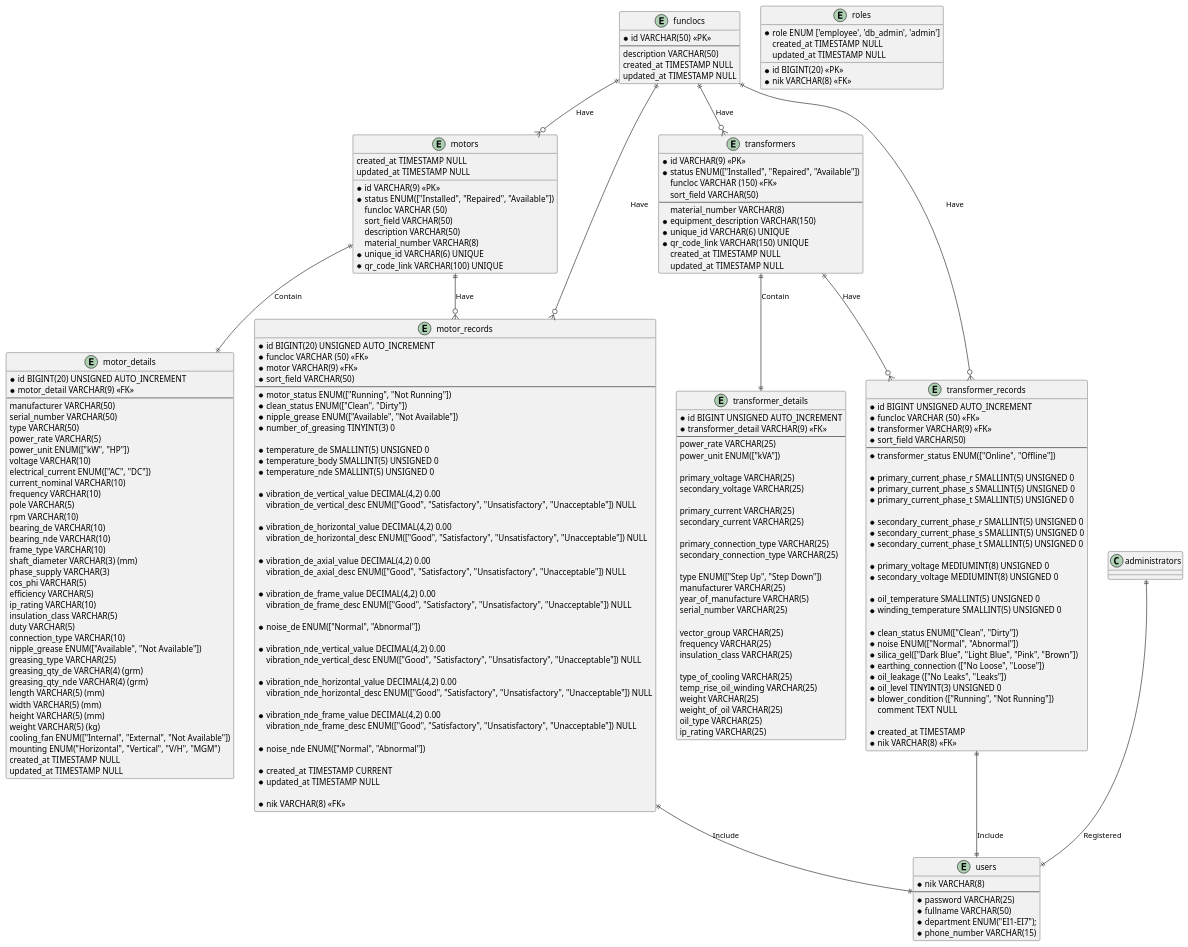
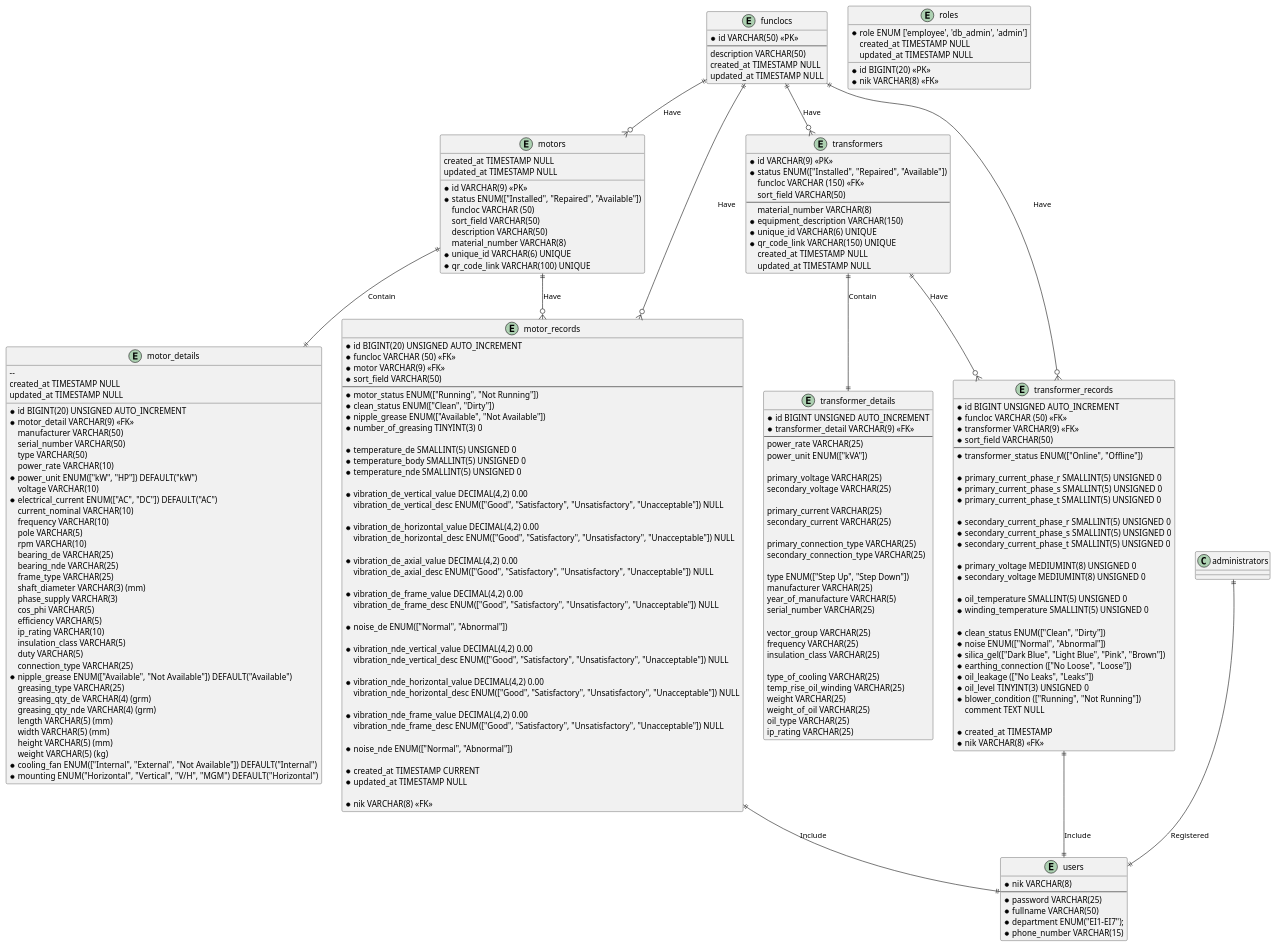
One commit to doniduaasattuu/fajar-e-maintenance changed the diagram in docs/fajar_e_maintenance.puml. Above: the diagram before and after it, drawn with PlantUML. The commit also changed 18 other files, not shown here.

Commit message:
create motor details model, migration, seeder and unit testing

```diff
--- a/docs/fajar_e_maintenance.puml
+++ b/docs/fajar_e_maintenance.puml
@@ -24,23 +24,23 @@
 }
 
 entity motor_details {
-    * id BIGINT(20) UNSIGNED AUTO_INCREMENT
-    * motor_detail VARCHAR(9) <<FK>>
+  * id BIGINT(20) UNSIGNED AUTO_INCREMENT
+  * motor_detail VARCHAR(9) <<FK>>
     --
     manufacturer VARCHAR(50)
     serial_number VARCHAR(50)
     type VARCHAR(50)
-    power_rate VARCHAR(5)
-    power_unit ENUM(["kW", "HP"])
+    power_rate VARCHAR(10)
+  * power_unit ENUM(["kW", "HP"]) DEFAULT("kW")
     voltage VARCHAR(10)
-    electrical_current ENUM(["AC", "DC"])
+  * electrical_current ENUM(["AC", "DC"]) DEFAULT("AC")
     current_nominal VARCHAR(10)
     frequency VARCHAR(10)
     pole VARCHAR(5)
     rpm VARCHAR(10)
-    bearing_de VARCHAR(10)
-    bearing_nde VARCHAR(10)
-    frame_type VARCHAR(10)
+    bearing_de VARCHAR(25)
+    bearing_nde VARCHAR(25)
+    frame_type VARCHAR(25)
     shaft_diameter VARCHAR(3) (mm)
     phase_supply VARCHAR(3)
     cos_phi VARCHAR(5)
@@ -48,8 +48,8 @@
     ip_rating VARCHAR(10)
     insulation_class VARCHAR(5)
     duty VARCHAR(5)
-    connection_type VARCHAR(10)
-    nipple_grease ENUM(["Available", "Not Available"])
+    connection_type VARCHAR(25)
+  * nipple_grease ENUM(["Available", "Not Available"]) DEFAULT("Available")
     greasing_type VARCHAR(25)
     greasing_qty_de VARCHAR(4) (grm)
     greasing_qty_nde VARCHAR(4) (grm)
@@ -57,8 +57,8 @@
     width VARCHAR(5) (mm)
     height VARCHAR(5) (mm) 
     weight VARCHAR(5) (kg)
-    cooling_fan ENUM(["Internal", "External", "Not Available"])
-    mounting ENUM("Horizontal", "Vertical", "V/H", "MGM")
+  * cooling_fan ENUM(["Internal", "External", "Not Available"]) DEFAULT("Internal")
+  * mounting ENUM("Horizontal", "Vertical", "V/H", "MGM")  DEFAULT("Horizontal")
     created_at TIMESTAMP NULL
     updated_at TIMESTAMP NULL
 }
```
